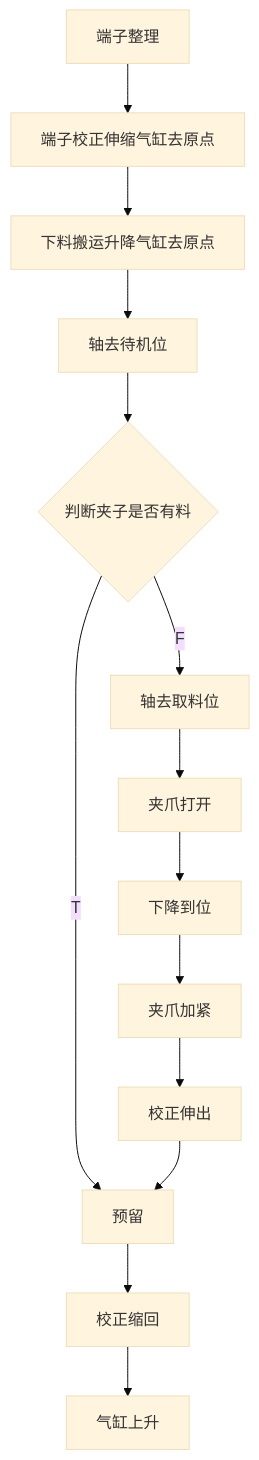
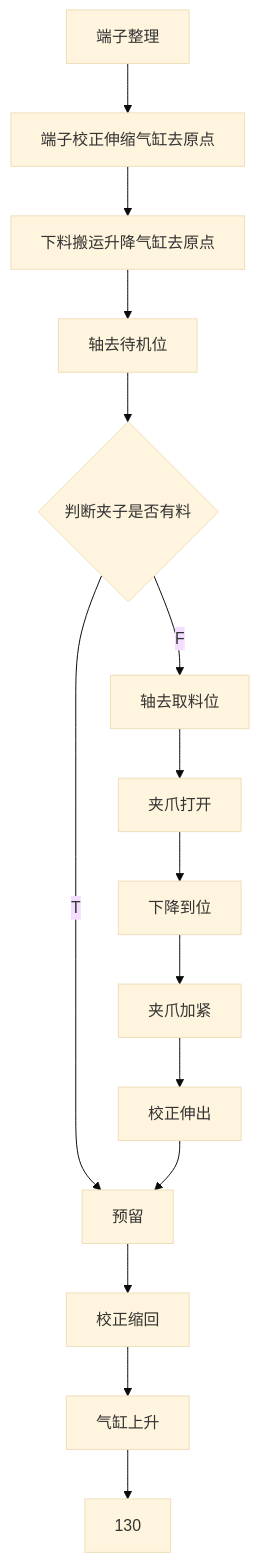
The diagram in all/VR-OP90端子整理.md (zmq000/iodraw-files), drawn with Mermaid (base theme) before and after one commit.

Commit message:
2026-06-18 11:02:21 update

````diff
--- a/all/VR-OP90端子整理.md
+++ b/all/VR-OP90端子整理.md
@@ -1,21 +1,22 @@
 ```mermaid
 graph TD
 0[端子整理]-->10
 10[端子校正伸缩气缸去原点]-->20
 20[下料搬运升降气缸去原点]-->30
 30[轴去待机位]-->40
 40{判断夹子是否有料}-->|T|100
 40-->|F|50
 50[轴去取料位]-->60
 60[夹爪打开]-->70
 70[下降到位]-->80
 80[夹爪加紧]-->90
 90[校正伸出]-->100
 100[预留]-->110
 110[校正缩回]-->120
-120[气缸上升]
+120[气缸上升]-->130
+
 
 
 
   
 ```
````
